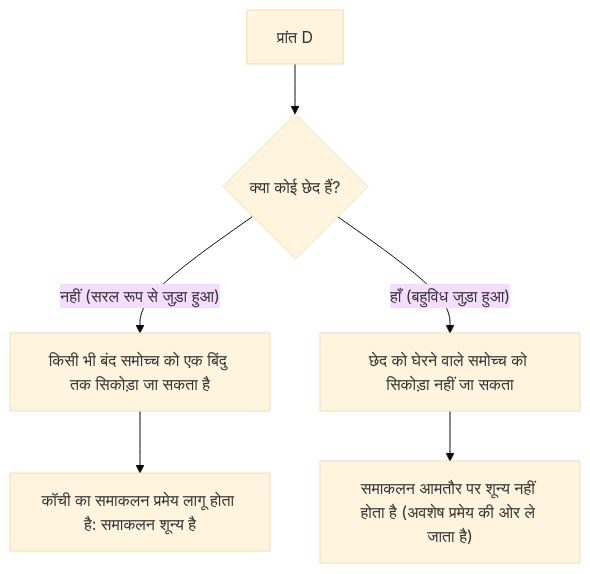
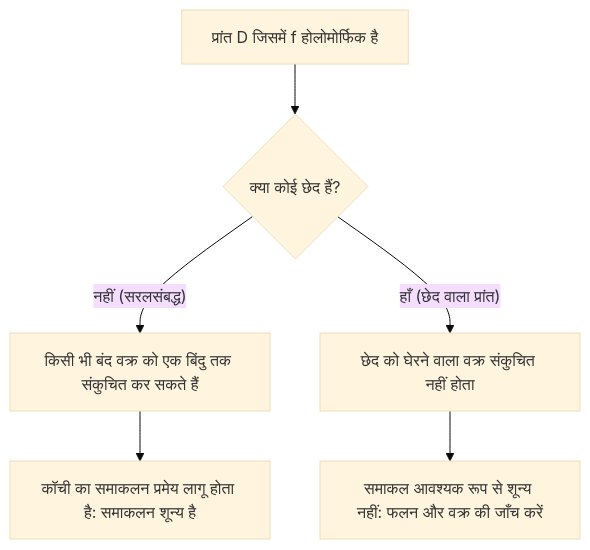
One commit to kenjinote/blog changed the diagram in content/post/cauchys-integral-theorem/index.hi.md. Above: the diagram before and after it, drawn with Mermaid (base theme). The commit also changed other lines of this file and 8 other files, not shown here.

````diff
--- a/content/post/cauchys-integral-theorem/index.hi.md
+++ b/content/post/cauchys-integral-theorem/index.hi.md
@@ -95,8 +95,8 @@
 ```mermaid
 flowchart TD
-    A["प्रांत D"] --> B{"क्या कोई छेद हैं?"}
-    B -->|"नहीं (सरल रूप से जुड़ा हुआ)"| C["किसी भी बंद समोच्च को एक बिंदु तक सिकोड़ा जा सकता है"]
+    A["प्रांत D जिसमें f होलोमोर्फिक है"] --> B{"क्या कोई छेद हैं?"}
+    B -->|"नहीं (सरलसंबद्ध)"| C["किसी भी बंद वक्र को एक बिंदु तक संकुचित कर सकते हैं"]
     C --> D["कॉची का समाकलन प्रमेय लागू होता है: समाकलन शून्य है"]
-    B -->|"हाँ (बहुविध जुड़ा हुआ)"| E["छेद को घेरने वाले समोच्च को सिकोड़ा नहीं जा सकता"]
-    E --> F["समाकलन आमतौर पर शून्य नहीं होता है (अवशेष प्रमेय की ओर ले जाता है)"]
+    B -->|"हाँ (छेद वाला प्रांत)"| E["छेद को घेरने वाला वक्र संकुचित नहीं होता"]
+    E --> F["समाकल आवश्यक रूप से शून्य नहीं: फलन और वक्र की जाँच करें"]
 ```
````
